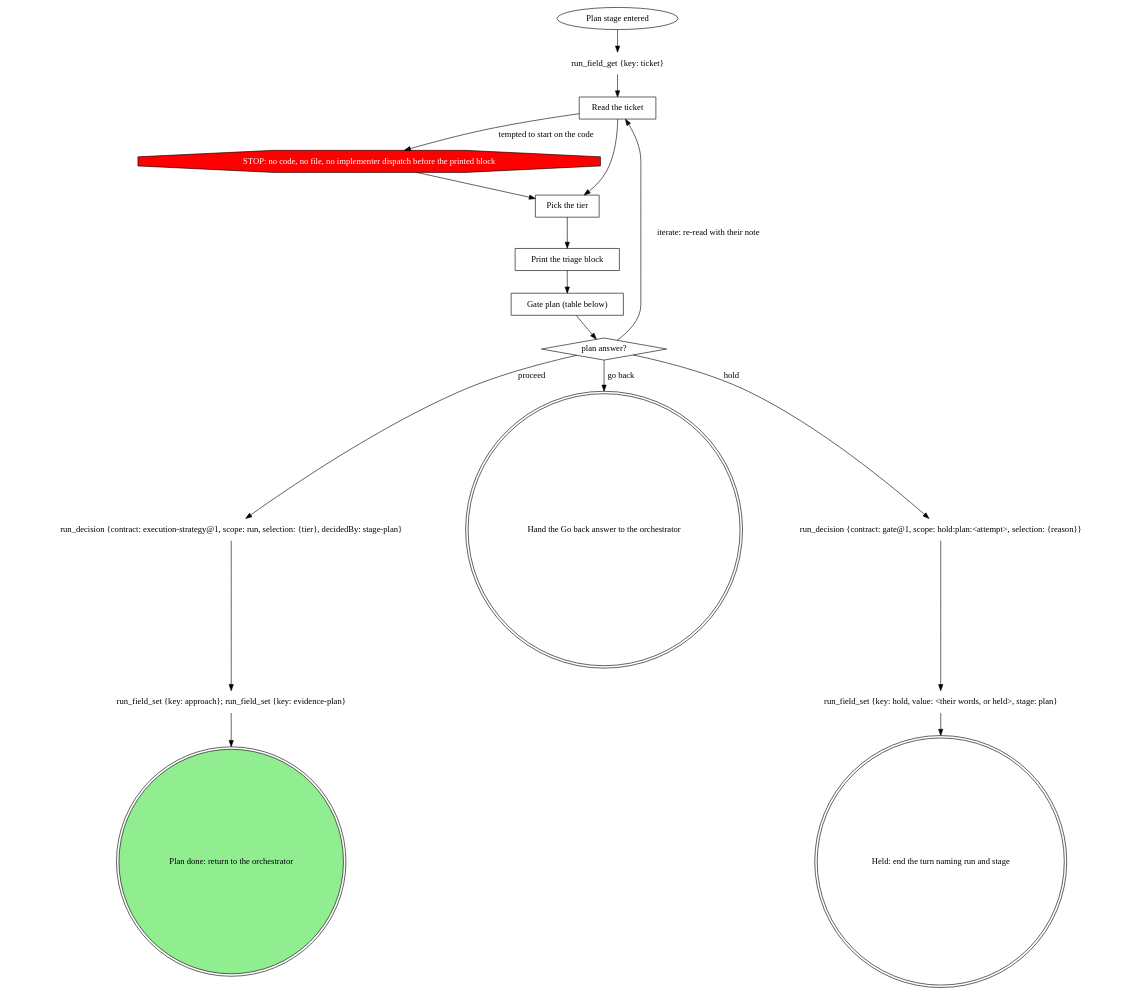
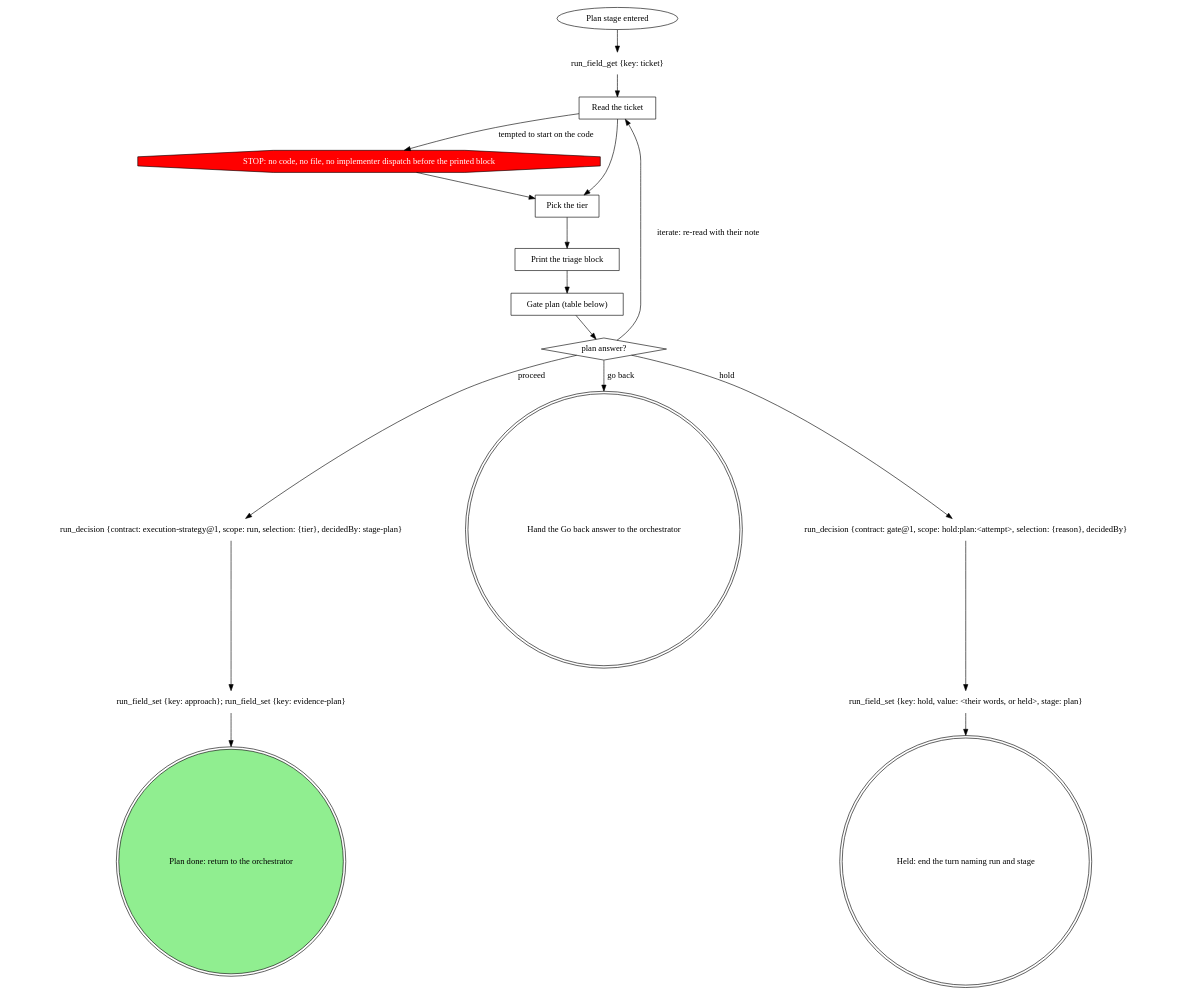
The diagram in attachments/pipeline/stage-plan/SKILL.md (m4ttstack/skills), drawn with Graphviz before and after one commit. The commit also changed 5 other files, not shown here.

First line of the commit message:
work, stages: gate endings, Hold decidedBy, ship STOP routing (RT-343)

````diff
--- a/attachments/pipeline/stage-plan/SKILL.md
+++ b/attachments/pipeline/stage-plan/SKILL.md
@@ -24,38 +24,38 @@
 ```dot
 digraph plan {
     rankdir=TB;
 
     "Plan stage entered" [shape=ellipse];
     "run_field_get {key: ticket}" [shape=plaintext];
     "Read the ticket" [shape=box];
     "STOP: no code, no file, no implementer dispatch before the printed block" [shape=octagon style=filled fillcolor=red fontcolor=white];
     "Pick the tier" [shape=box];
     "Print the triage block" [shape=box];
     "Gate plan (table below)" [shape=box];
     "plan answer?" [shape=diamond];
     "run_decision {contract: execution-strategy@1, scope: run, selection: {tier}, decidedBy: stage-plan}" [shape=plaintext];
     "run_field_set {key: approach}; run_field_set {key: evidence-plan}" [shape=plaintext];
     "Hand the Go back answer to the orchestrator" [shape=doublecircle];
-    "run_decision {contract: gate@1, scope: hold:plan:<attempt>, selection: {reason}}" [shape=plaintext];
+    "run_decision {contract: gate@1, scope: hold:plan:<attempt>, selection: {reason}, decidedBy}" [shape=plaintext];
     "run_field_set {key: hold, value: <their words, or held>, stage: plan}" [shape=plaintext];
     "Held: end the turn naming run and stage" [shape=doublecircle];
     "Plan done: return to the orchestrator" [shape=doublecircle style=filled fillcolor=lightgreen];
 
     "Plan stage entered" -> "run_field_get {key: ticket}";
     "run_field_get {key: ticket}" -> "Read the ticket";
     "Read the ticket" -> "Pick the tier";
     "Read the ticket" -> "STOP: no code, no file, no implementer dispatch before the printed block" [label="tempted to start on the code"];
     "STOP: no code, no file, no implementer dispatch before the printed block" -> "Pick the tier";
     "Pick the tier" -> "Print the triage block";
     "Print the triage block" -> "Gate plan (table below)";
     "Gate plan (table below)" -> "plan answer?";
     "plan answer?" -> "run_decision {contract: execution-strategy@1, scope: run, selection: {tier}, decidedBy: stage-plan}" [label="proceed"];
     "plan answer?" -> "Read the ticket" [label="iterate: re-read with their note"];
     "plan answer?" -> "Hand the Go back answer to the orchestrator" [label="go back"];
-    "plan answer?" -> "run_decision {contract: gate@1, scope: hold:plan:<attempt>, selection: {reason}}" [label="hold"];
-    "run_decision {contract: gate@1, scope: hold:plan:<attempt>, selection: {reason}}" -> "run_field_set {key: hold, value: <their words, or held>, stage: plan}";
+    "plan answer?" -> "run_decision {contract: gate@1, scope: hold:plan:<attempt>, selection: {reason}, decidedBy}" [label="hold"];
+    "run_decision {contract: gate@1, scope: hold:plan:<attempt>, selection: {reason}, decidedBy}" -> "run_field_set {key: hold, value: <their words, or held>, stage: plan}";
     "run_field_set {key: hold, value: <their words, or held>, stage: plan}" -> "Held: end the turn naming run and stage";
     "run_decision {contract: execution-strategy@1, scope: run, selection: {tier}, decidedBy: stage-plan}" -> "run_field_set {key: approach}; run_field_set {key: evidence-plan}";
     "run_field_set {key: approach}; run_field_set {key: evidence-plan}" -> "Plan done: return to the orchestrator";
 }
 ```
````
